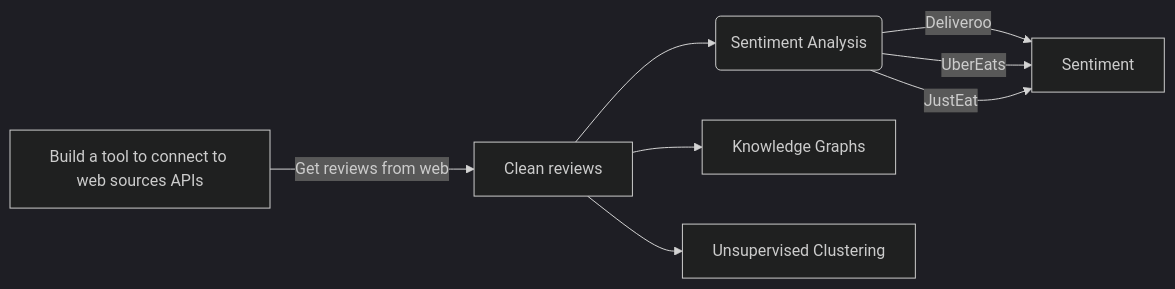
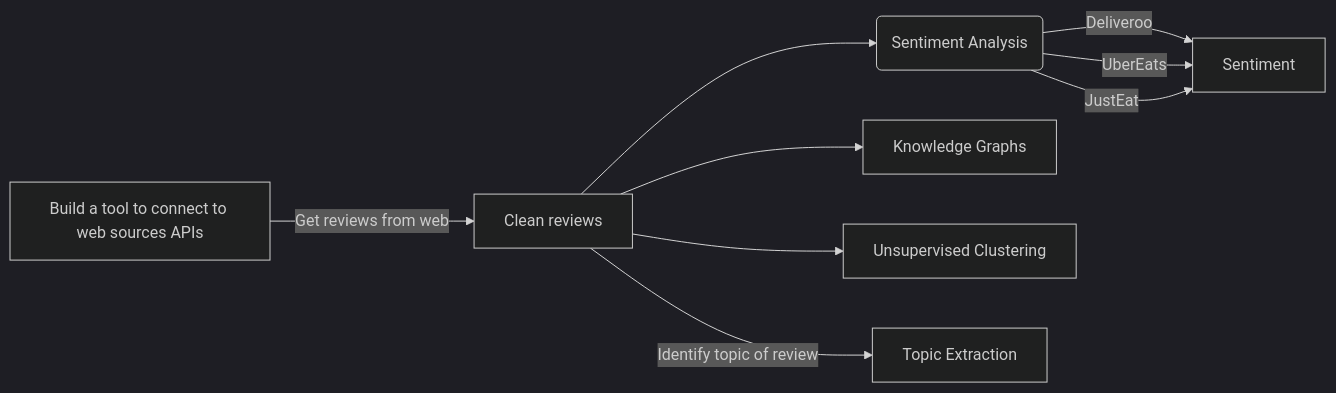
One commit to gpsyrou/Text_Analysis_of_Consumer_Reviews changed the diagram in README.md. Above: the diagram before and after it, drawn with Mermaid (dark theme). The commit also changed other lines of this file, not shown here.

Commit message:
update mermaid graph

````diff
--- a/README.md
+++ b/README.md
@@ -4,10 +4,11 @@
 ```mermaid
 graph   LR
     A[Build a tool to connect to web sources APIs] -->|Get reviews from web| B[Clean reviews]
     B --> C(Sentiment Analysis)
     C -->|Deliveroo| D[Sentiment]
     C -->|UberEats| D[Sentiment]
     C -->|JustEat| D[Sentiment]
     B --> E[Knowledge Graphs]
     B --> F[Unsupervised Clustering]
+    B --> |Identify topic of review| G[Topic Extraction]
 ```
````
